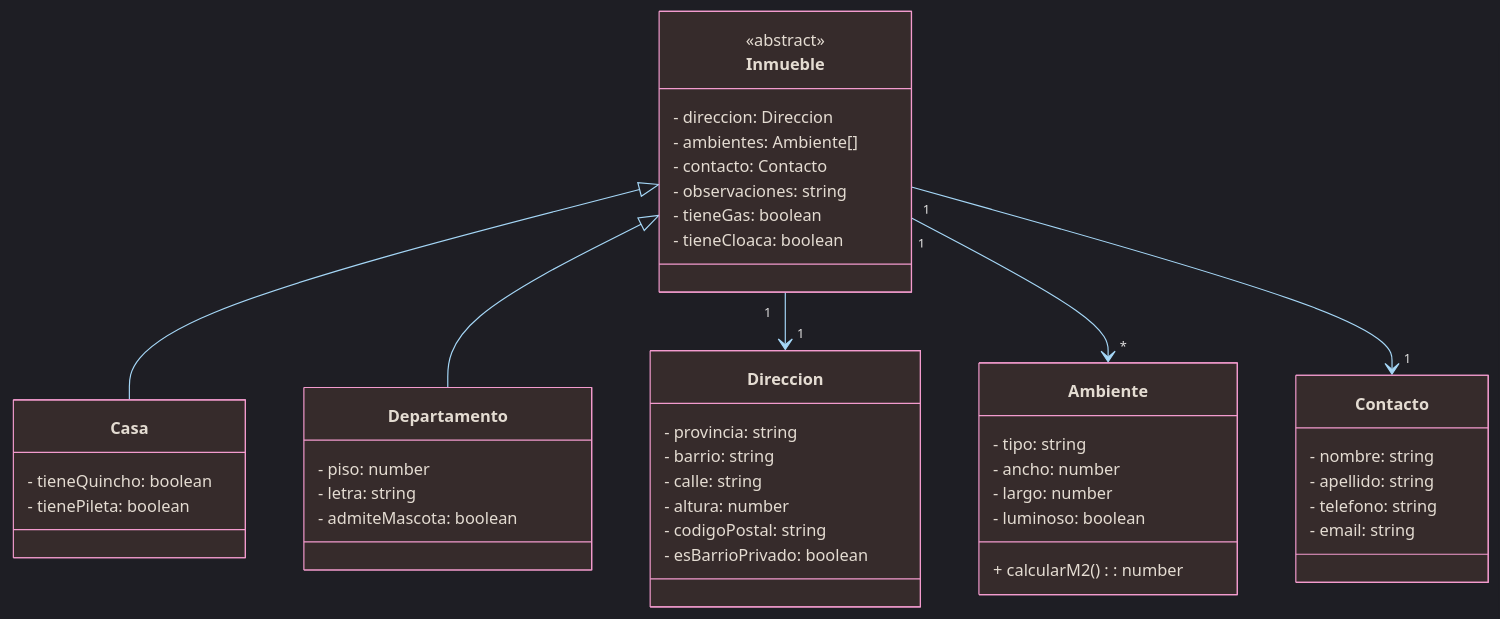
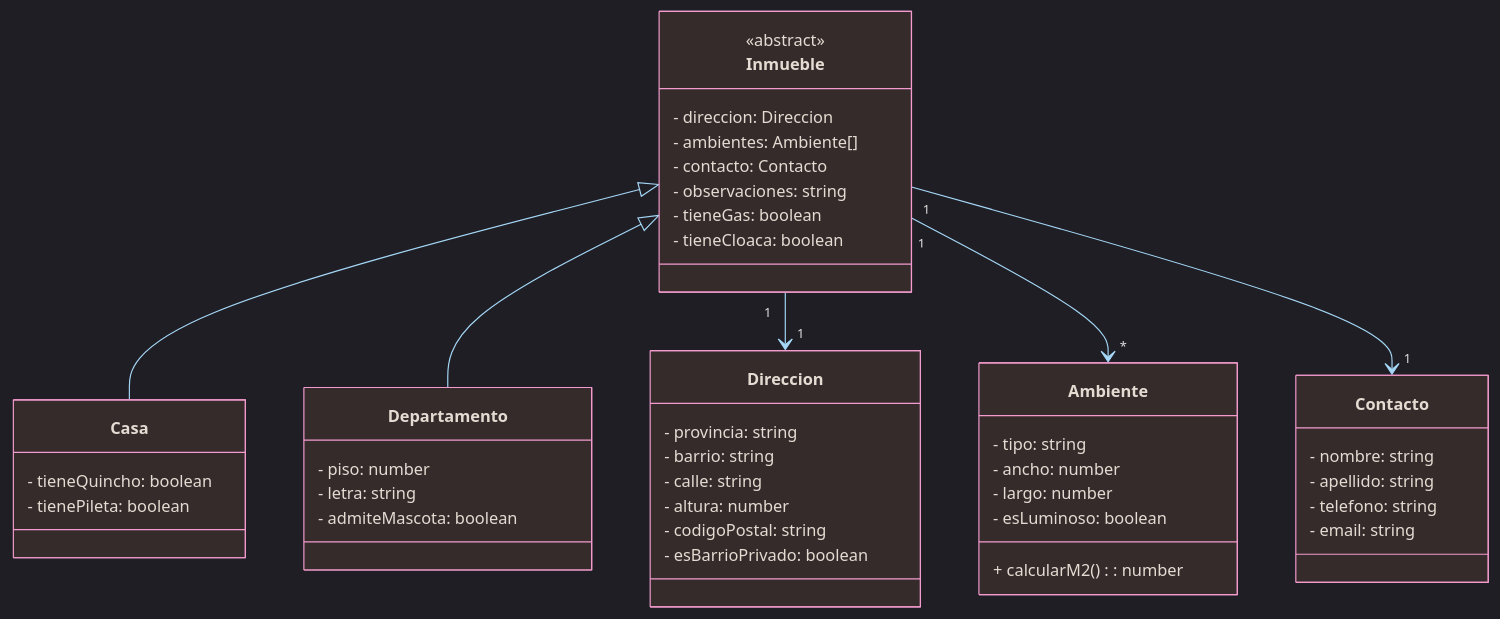
Before and after one commit to Elianayc/Typescript: the diagram in bootsrap/src/Ejercicios POO/18_inmobiliaria_capas/uml.mmd, drawn with Mermaid. The commit also changed 8 other files, not shown here.

```diff
--- a/bootsrap/src/Ejercicios POO/18_inmobiliaria_capas/uml.mmd
+++ b/bootsrap/src/Ejercicios POO/18_inmobiliaria_capas/uml.mmd
@@ -1,67 +1,67 @@
 %%{init: { 
     'theme': 'dark', 
     'themeVariables': { 
                         'background': '#121212', 
                         'lineColor': '#a5d7f7', 
                         'fontFamily': 'Cascadia Code, Fira Code, Consolas, Courier New, monospace', 
                         'fontSize': '14px' 
         }, 
         'themeCSS': 'path { stroke-width: 1.5px !important; }' 
     } }%%
 
 classDiagram
 
 class Inmueble {
   <<abstract>>
   - direccion: Direccion
   - ambientes: Ambiente[]
   - contacto: Contacto
   - observaciones: string
   - tieneGas: boolean
   - tieneCloaca: boolean
 }
 
 class Casa {
   - tieneQuincho: boolean
   - tienePileta: boolean
 }
 
 class Departamento {
   - piso: number
   - letra: string
   - admiteMascota: boolean
 }
 
 class Ambiente {
   - tipo: string
   - ancho: number
   - largo: number
-  - luminoso: boolean
+  - esLuminoso: boolean
   + calcularM2(): number
 }
 
 class Direccion {
   - provincia: string
   - barrio: string
   - calle: string
   - altura: number
   - codigoPostal: string
   - esBarrioPrivado: boolean
 }
 
 class Contacto {
   - nombre: string
   - apellido: string
   - telefono: string
   - email: string
 }
 
 Inmueble <|-- Casa
 Inmueble <|-- Departamento
 
 Inmueble "1" --> "1" Direccion
 Inmueble "1" --> "*" Ambiente
 Inmueble "1" --> "1" Contacto
 
 %%Colores de las clases
 classDef default fill:#362b2b,stroke:#f39bce,color:#e4dcd2
```
